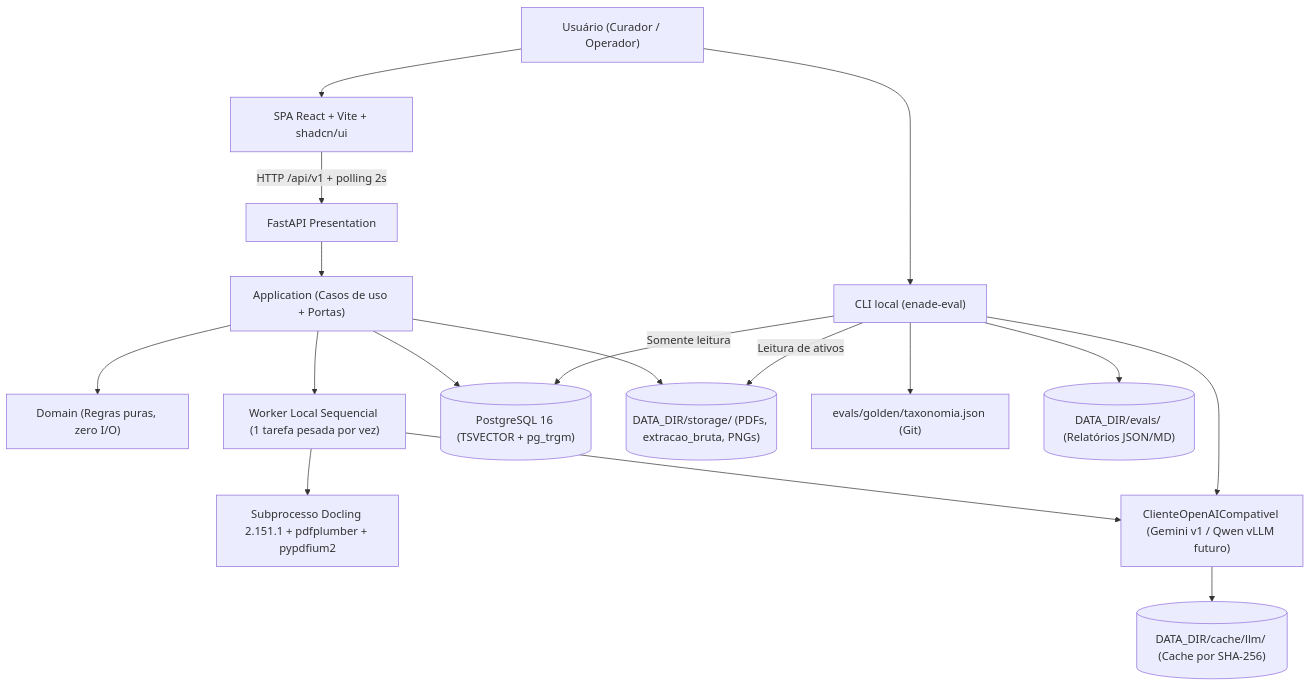
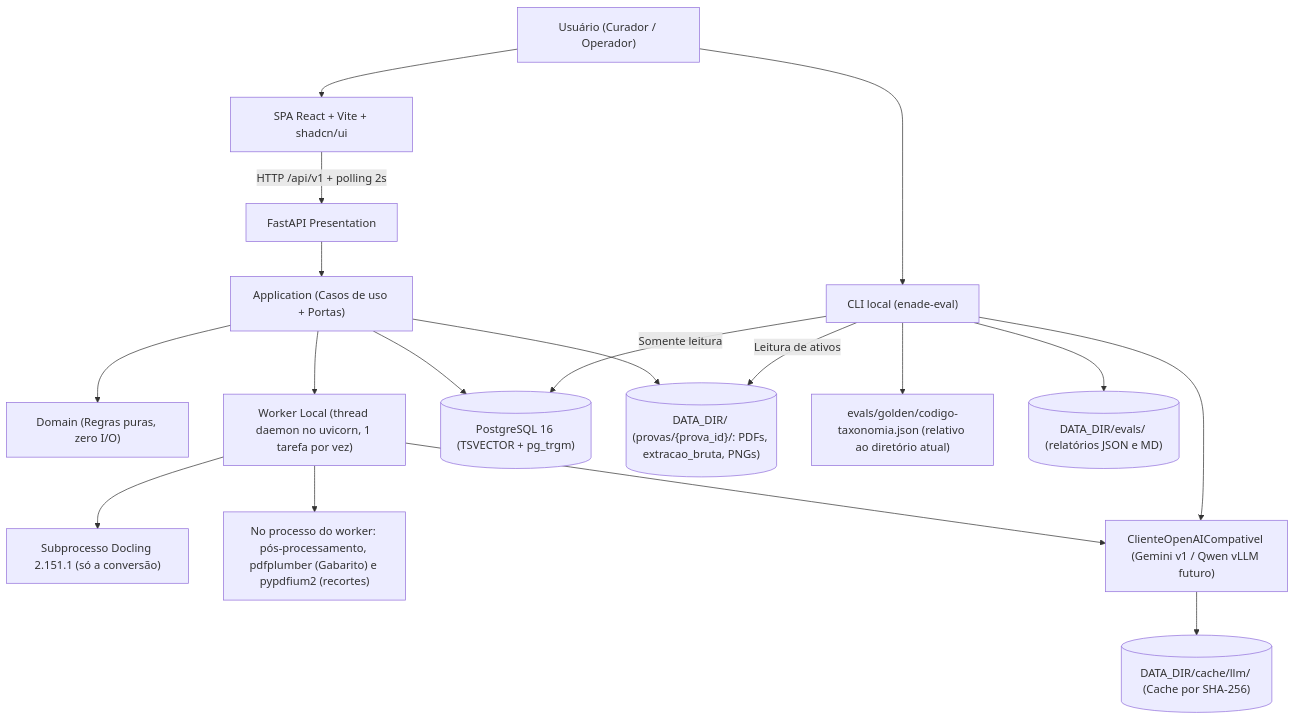
Before and after one commit to EugenioVLopes/enade-questoes: the first of 4 diagrams in docs/planejamento-inicial/explicacao.md, drawn with Mermaid. The commit also changed other lines of this file and 3 other files, not shown here.

````diff
--- a/docs/planejamento-inicial/explicacao.md
+++ b/docs/planejamento-inicial/explicacao.md
@@ -34,23 +34,24 @@
 ```mermaid
 flowchart TD
     U["Usuário (Curador / Operador)"] --> SPA["SPA React + Vite + shadcn/ui"]
     U --> CLI["CLI local (enade-eval)"]
 
     SPA -->|"HTTP /api/v1 + polling 2s"| API["FastAPI Presentation"]
     API --> APP["Application (Casos de uso + Portas)"]
     APP --> DOM["Domain (Regras puras, zero I/O)"]
-    APP --> WRK["Worker Local Sequencial (1 tarefa pesada por vez)"]
+    APP --> WRK["Worker Local (thread daemon no uvicorn, 1 tarefa por vez)"]
 
-    WRK --> SUB["Subprocesso Docling 2.151.1 + pdfplumber + pypdfium2"]
+    WRK --> SUB["Subprocesso Docling 2.151.1 (só a conversão)"]
+    WRK --> POS["No processo do worker: pós-processamento, pdfplumber (Gabarito) e pypdfium2 (recortes)"]
     WRK --> LLM["ClienteOpenAICompativel (Gemini v1 / Qwen vLLM futuro)"]
 
     APP --> PG[("PostgreSQL 16 (TSVECTOR + pg_trgm)")]
-    APP --> FS[("DATA_DIR/storage/ (PDFs, extracao_bruta, PNGs)")]
+    APP --> FS[("DATA_DIR/ (provas/{prova_id}/: PDFs, extracao_bruta, PNGs)")]
     LLM --> CACHE[("DATA_DIR/cache/llm/ (Cache por SHA-256)")]
 
     CLI -->|"Somente leitura"| PG
     CLI -->|"Leitura de ativos"| FS
     CLI --> LLM
-    CLI --> GOLD["evals/golden/taxonomia.json (Git)"]
-    CLI --> EVALS[("DATA_DIR/evals/ (Relatórios JSON/MD)")]
+    CLI --> GOLD["evals/golden/codigo-taxonomia.json (relativo ao diretório atual)"]
+    CLI --> EVALS[("DATA_DIR/evals/ (relatórios JSON e MD)")]
 ```
````
